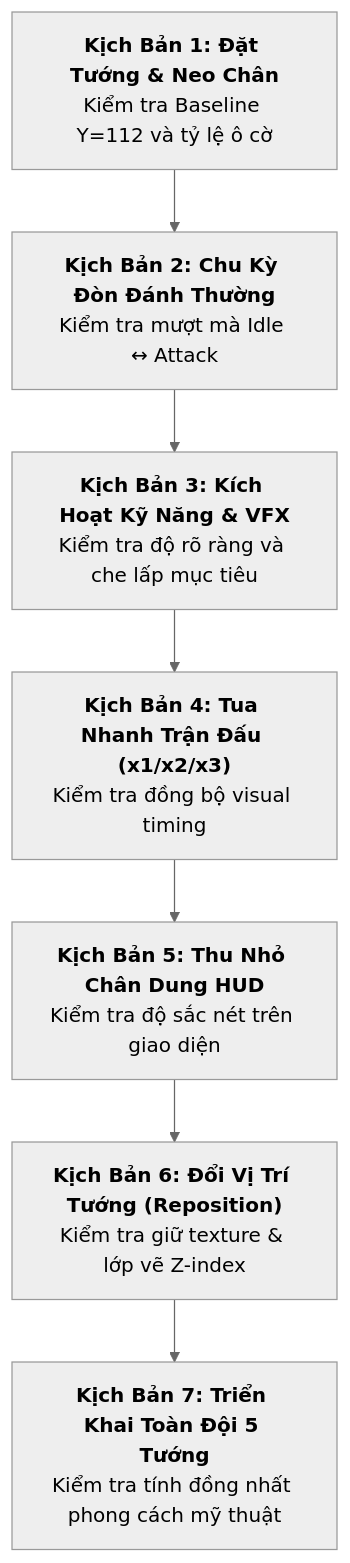
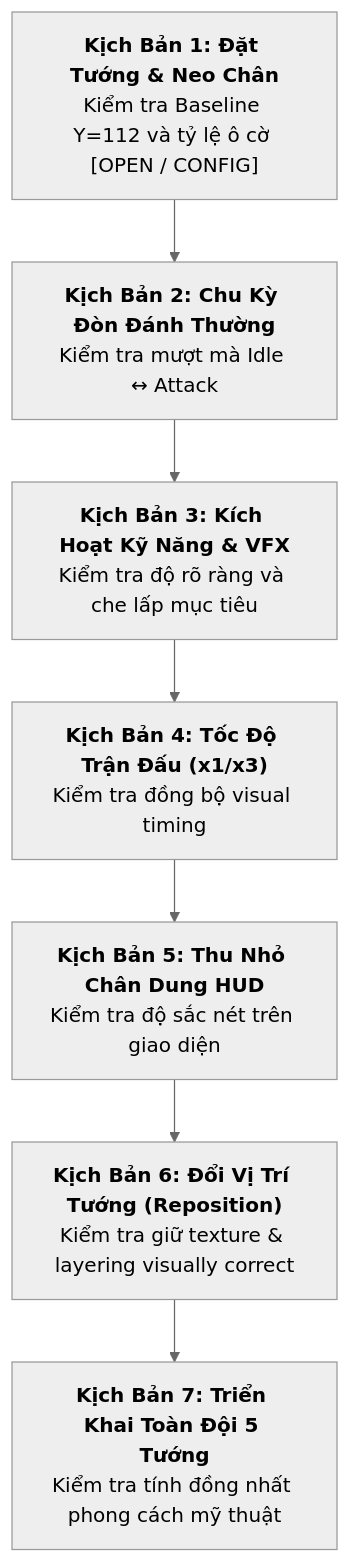
The diagram in docs/drafts/assets/prototype/runtime-test-scenarios.md (LightDucan/HuyenSu-TD), drawn with Mermaid (neutral theme) before and after one commit. The commit also changed other lines of this file and 2 other files, not shown here.

Commit message:
docs(assets): refine visual acceptance checklist and runtime scenarios (ASSET-A02)

````diff
--- a/docs/drafts/assets/prototype/runtime-test-scenarios.md
+++ b/docs/drafts/assets/prototype/runtime-test-scenarios.md
@@ -13,9 +13,9 @@
 ```mermaid
 flowchart TD
-    S1["<b>Kịch Bản 1: Đặt Tướng & Neo Chân</b><br>Kiểm tra Baseline Y=112 và tỷ lệ ô cờ"] --> S2["<b>Kịch Bản 2: Chu Kỳ Đòn Đánh Thường</b><br>Kiểm tra mượt mà Idle ↔ Attack"]
+    S1["<b>Kịch Bản 1: Đặt Tướng & Neo Chân</b><br>Kiểm tra Baseline Y=112 và tỷ lệ ô cờ [OPEN / CONFIG]"] --> S2["<b>Kịch Bản 2: Chu Kỳ Đòn Đánh Thường</b><br>Kiểm tra mượt mà Idle ↔ Attack"]
     S2 --> S3["<b>Kịch Bản 3: Kích Hoạt Kỹ Năng & VFX</b><br>Kiểm tra độ rõ ràng và che lấp mục tiêu"]
-    S3 --> S4["<b>Kịch Bản 4: Tua Nhanh Trận Đấu (x1/x2/x3)</b><br>Kiểm tra đồng bộ visual timing"]
+    S3 --> S4["<b>Kịch Bản 4: Tốc Độ Trận Đấu (x1/x3)</b><br>Kiểm tra đồng bộ visual timing"]
     S4 --> S5["<b>Kịch Bản 5: Thu Nhỏ Chân Dung HUD</b><br>Kiểm tra độ sắc nét trên giao diện"]
-    S5 --> S6["<b>Kịch Bản 6: Đổi Vị Trí Tướng (Reposition)</b><br>Kiểm tra giữ texture & lớp vẽ Z-index"]
+    S5 --> S6["<b>Kịch Bản 6: Đổi Vị Trí Tướng (Reposition)</b><br>Kiểm tra giữ texture & layering visually correct"]
     S6 --> S7["<b>Kịch Bản 7: Triển Khai Toàn Đội 5 Tướng</b><br>Kiểm tra tính đồng nhất phong cách mỹ thuật"]
 ```
````
